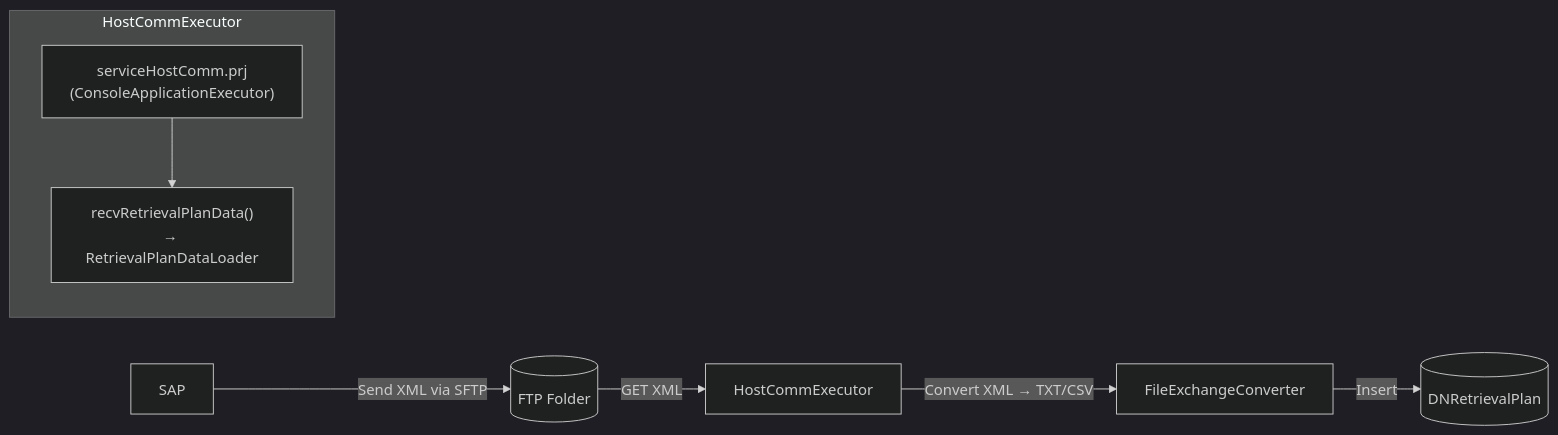
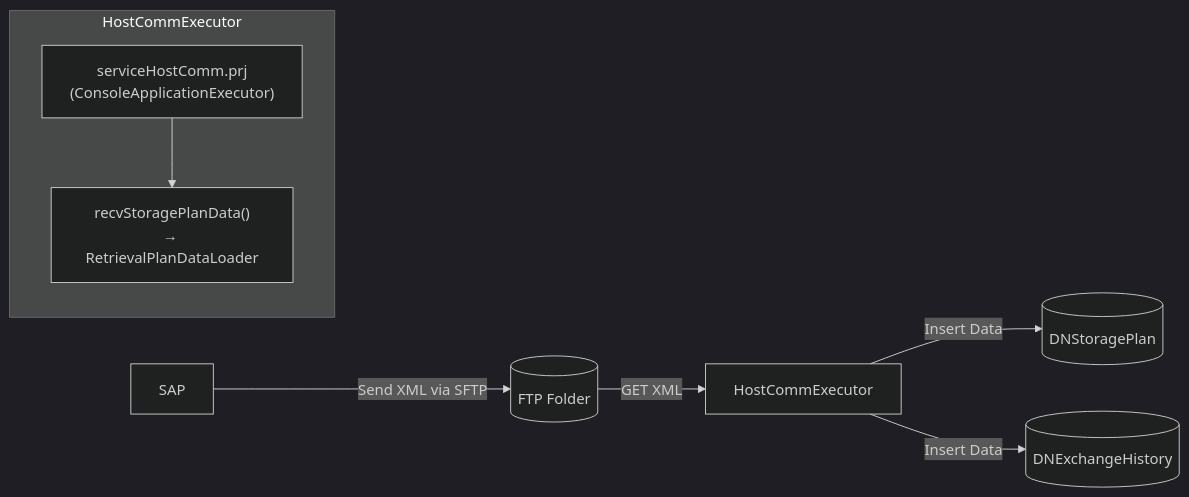
One commit to luthfiadityaa/SimeDarby-Wiki changed the diagram in Basic-Design/Host-Interfaces/Planned-Retrieval.md. Above: the diagram before and after it, drawn with Mermaid (dark theme).

Commit message:
Updated Planned Retrieval

```diff
--- a/Basic-Design/Host-Interfaces/Planned-Retrieval.md
+++ b/Basic-Design/Host-Interfaces/Planned-Retrieval.md
@@ -11,13 +11,13 @@
 ::: mermaid
 flowchart LR
     A[SAP] -->|Send XML via SFTP| B[(FTP Folder)]
     B -->|GET XML| C[HostCommExecutor]
-    C -->|Convert XML → TXT/CSV| D[FileExchangeConverter]
-    D -->|Insert| E[(DNRetrievalPlan)]
+    C -->|Insert Data| E[(DNStoragePlan)]
+    C -->|Insert Data| F[(DNExchangeHistory)]
 
     subgraph HostCommExecutor
         C1["serviceHostComm.prj<br>(ConsoleApplicationExecutor)"]
-        C2["recvRetrievalPlanData()<br>→ RetrievalPlanDataLoader"]
+        C2["recvStoragePlanData()<br>→ RetrievalPlanDataLoader"]
         C1 --> C2
     end
 :::
```
